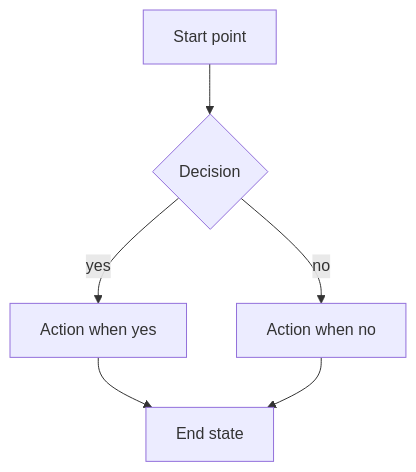
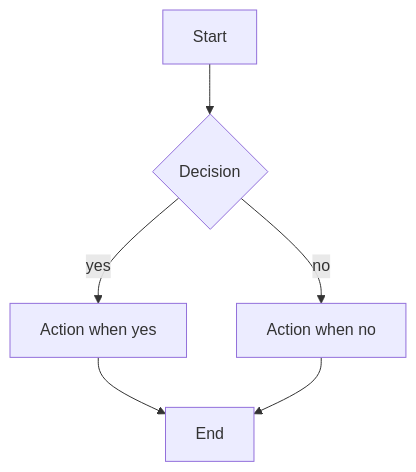
One commit to microsoft/apm changed the diagram in .apm/skills/pr-description-skill/assets/pr-body-template.md. Above: the diagram before and after it, drawn with Mermaid. The commit also changed other lines of this file and 5 other files, not shown here.

First line of the commit message:
harden(pr-description-skill): allow GFM output, add mermaid validation, tighten ceilings

````diff
--- a/.apm/skills/pr-description-skill/assets/pr-body-template.md
+++ b/.apm/skills/pr-description-skill/assets/pr-body-template.md
@@ -70,8 +71,8 @@
 ```mermaid
 flowchart TD
-    A[Start point] --> B{Decision}
+    A[Start] --> B{Decision}
     B -- yes --> C[Action when yes]
     B -- no --> D[Action when no]
-    C --> E[End state]
+    C --> E[End]
     D --> E
 ```
````
